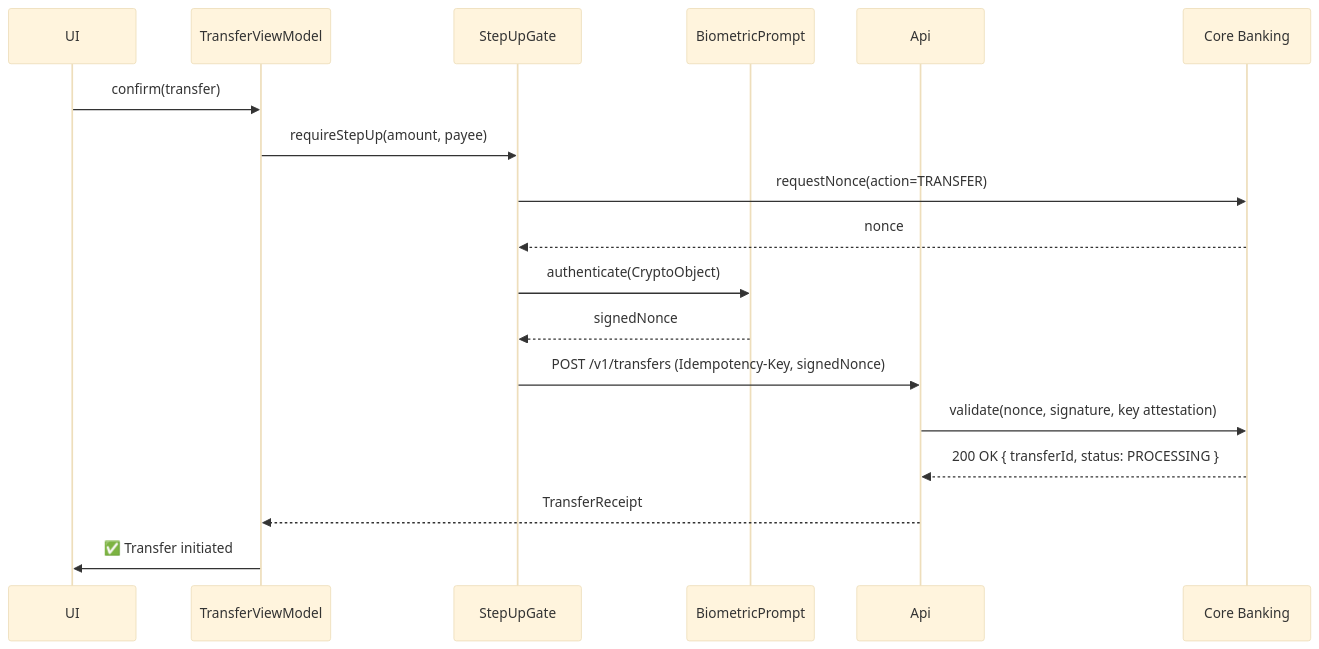
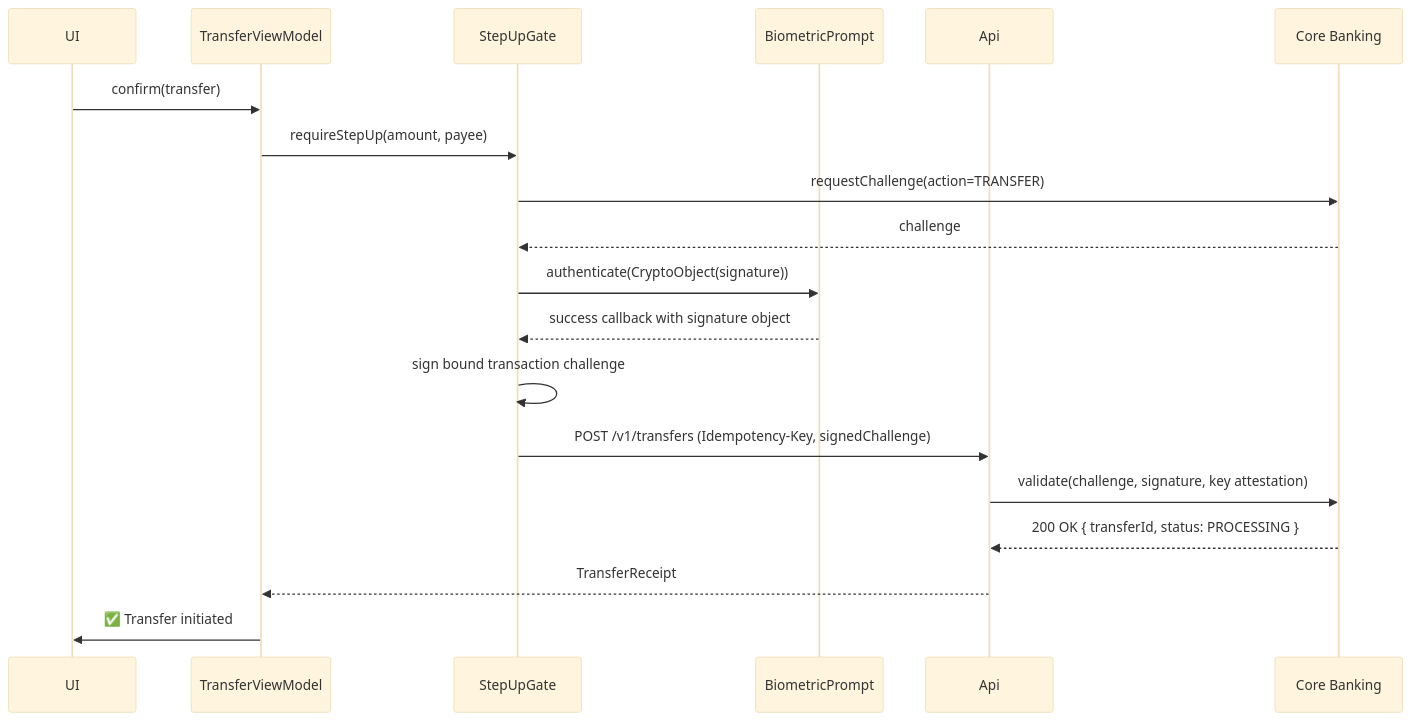
One commit to swarnsingh/android-staff-engineer-playbook-website changed the second of 3 diagrams in reference-architectures/banking-app.md. Above: the diagram before and after it, drawn with Mermaid (base theme). The commit also changed other lines of this file and 37 other files, not shown here.

Commit message:
Add the reviewed Reference Architectures chapters to the website

````diff
--- a/reference-architectures/banking-app.md
+++ b/reference-architectures/banking-app.md
@@ -113,21 +116,22 @@
 ```mermaid
 sequenceDiagram
     participant UI
     participant VM as TransferViewModel
     participant Gate as StepUpGate
     participant Bio as BiometricPrompt
     participant Api
     participant Bank as Core Banking
 
     UI->>VM: confirm(transfer)
     VM->>Gate: requireStepUp(amount, payee)
-    Gate->>Bank: requestNonce(action=TRANSFER)
-    Bank-->>Gate: nonce
-    Gate->>Bio: authenticate(CryptoObject)
-    Bio-->>Gate: signedNonce
-    Gate->>Api: POST /v1/transfers (Idempotency-Key, signedNonce)
-    Api->>Bank: validate(nonce, signature, key attestation)
+    Gate->>Bank: requestChallenge(action=TRANSFER)
+    Bank-->>Gate: challenge
+    Gate->>Bio: authenticate(CryptoObject(signature))
+    Bio-->>Gate: success callback with signature object
+    Gate->>Gate: sign bound transaction challenge
+    Gate->>Api: POST /v1/transfers (Idempotency-Key, signedChallenge)
+    Api->>Bank: validate(challenge, signature, key attestation)
     Bank-->>Api: 200 OK { transferId, status: PROCESSING }
     Api-->>VM: TransferReceipt
     VM->>UI: ✅ Transfer initiated
 ```
````
